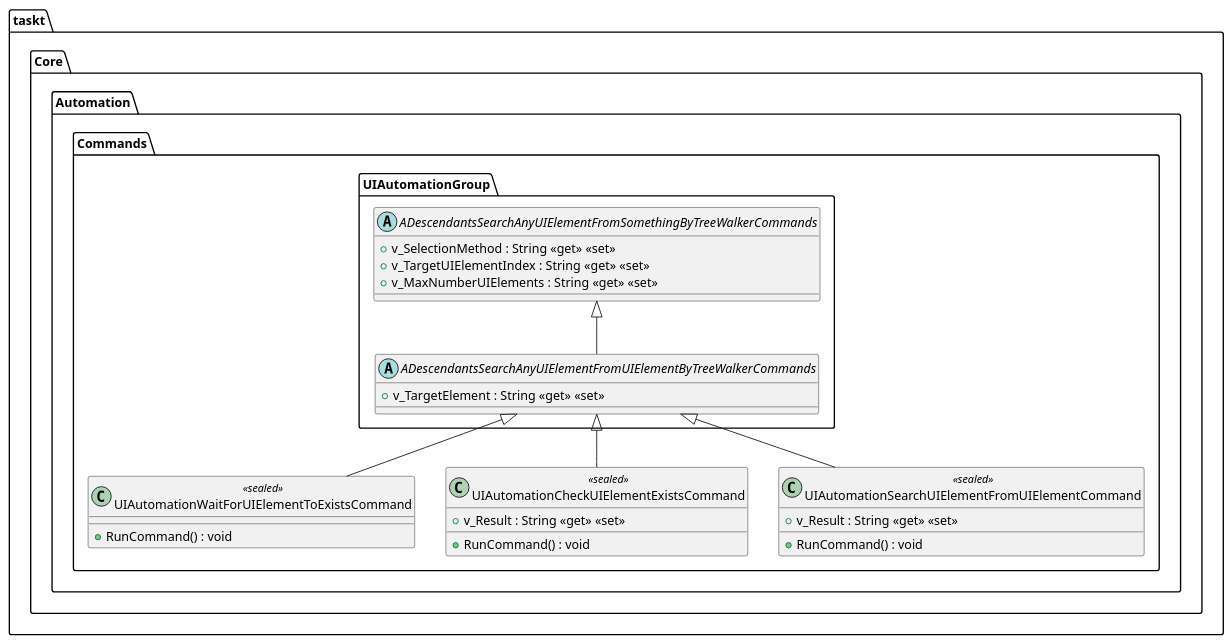
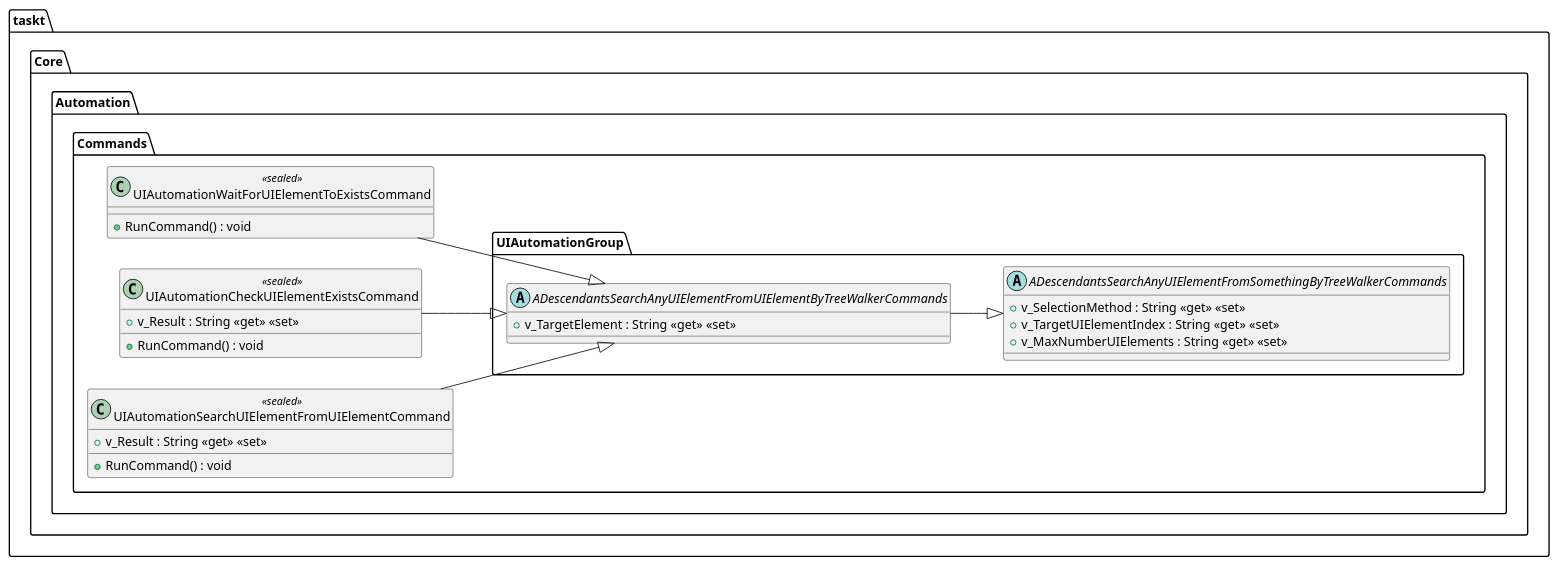
The diagram in taskt/Core/Automation/Commands/UIAutomationGroup/ADescendantsSearchAnyUIElementFromSomethingByTreeWalkerCommands_[%reverse%].puml (saucepleez/taskt), drawn with PlantUML before and after one commit. The commit also changed 1201 other files, not shown here.

```diff
--- a/taskt/Core/Automation/Commands/UIAutomationGroup/ADescendantsSearchAnyUIElementFromSomethingByTreeWalkerCommands_[%reverse%].puml
+++ b/taskt/Core/Automation/Commands/UIAutomationGroup/ADescendantsSearchAnyUIElementFromSomethingByTreeWalkerCommands_[%reverse%].puml
@@ -1,41 +1,41 @@
 @startuml
+left to right direction
 package "taskt.Core.Automation.Commands.UIAutomationGroup"{
 abstract class "ADescendantsSearchAnyUIElementFromUIElementByTreeWalkerCommands"{
 +v_TargetElement : String <<get>> <<set>> 
 }
 }
 
 package "taskt.Core.Automation.Commands.UIAutomationGroup"{
 abstract class "ADescendantsSearchAnyUIElementFromSomethingByTreeWalkerCommands"{
 +v_SelectionMethod : String <<get>> <<set>> 
 +v_TargetUIElementIndex : String <<get>> <<set>> 
 +v_MaxNumberUIElements : String <<get>> <<set>> 
 }
 }
 
 package "taskt.Core.Automation.Commands"{
 class "UIAutomationWaitForUIElementToExistsCommand" <<sealed>> {
 +RunCommand() : void 
 }
 }
 
 package "taskt.Core.Automation.Commands"{
 class "UIAutomationCheckUIElementExistsCommand" <<sealed>> {
 +RunCommand() : void 
 +v_Result : String <<get>> <<set>> 
 }
 }
 
 package "taskt.Core.Automation.Commands"{
 class "UIAutomationSearchUIElementFromUIElementCommand" <<sealed>> {
 +RunCommand() : void 
 +v_Result : String <<get>> <<set>> 
 }
 }
 
-
-taskt.Core.Automation.Commands.UIAutomationGroup.ADescendantsSearchAnyUIElementFromSomethingByTreeWalkerCommands <|-- taskt.Core.Automation.Commands.UIAutomationGroup.ADescendantsSearchAnyUIElementFromUIElementByTreeWalkerCommands
-taskt.Core.Automation.Commands.UIAutomationGroup.ADescendantsSearchAnyUIElementFromUIElementByTreeWalkerCommands <|-- taskt.Core.Automation.Commands.UIAutomationWaitForUIElementToExistsCommand
-taskt.Core.Automation.Commands.UIAutomationGroup.ADescendantsSearchAnyUIElementFromUIElementByTreeWalkerCommands <|-- taskt.Core.Automation.Commands.UIAutomationCheckUIElementExistsCommand
-taskt.Core.Automation.Commands.UIAutomationGroup.ADescendantsSearchAnyUIElementFromUIElementByTreeWalkerCommands <|-- taskt.Core.Automation.Commands.UIAutomationSearchUIElementFromUIElementCommand
+taskt.Core.Automation.Commands.UIAutomationGroup.ADescendantsSearchAnyUIElementFromUIElementByTreeWalkerCommands --|> taskt.Core.Automation.Commands.UIAutomationGroup.ADescendantsSearchAnyUIElementFromSomethingByTreeWalkerCommands
+taskt.Core.Automation.Commands.UIAutomationWaitForUIElementToExistsCommand --|> taskt.Core.Automation.Commands.UIAutomationGroup.ADescendantsSearchAnyUIElementFromUIElementByTreeWalkerCommands
+taskt.Core.Automation.Commands.UIAutomationCheckUIElementExistsCommand --|> taskt.Core.Automation.Commands.UIAutomationGroup.ADescendantsSearchAnyUIElementFromUIElementByTreeWalkerCommands
+taskt.Core.Automation.Commands.UIAutomationSearchUIElementFromUIElementCommand --|> taskt.Core.Automation.Commands.UIAutomationGroup.ADescendantsSearchAnyUIElementFromUIElementByTreeWalkerCommands
 @enduml
```
